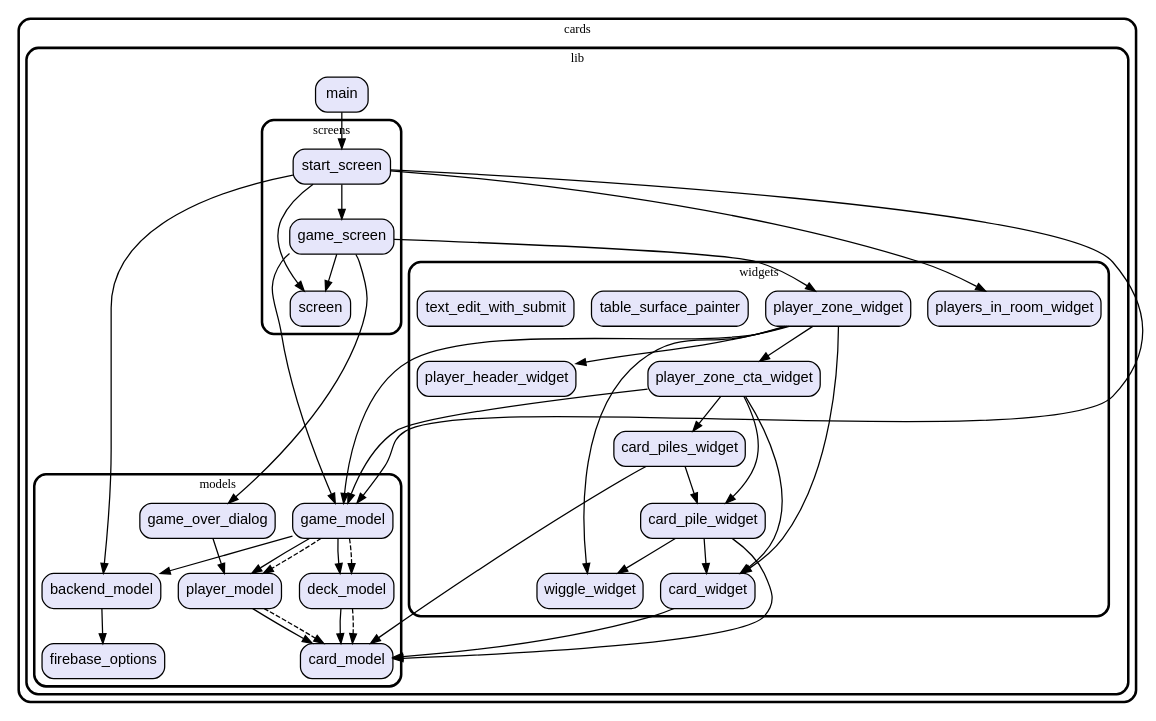
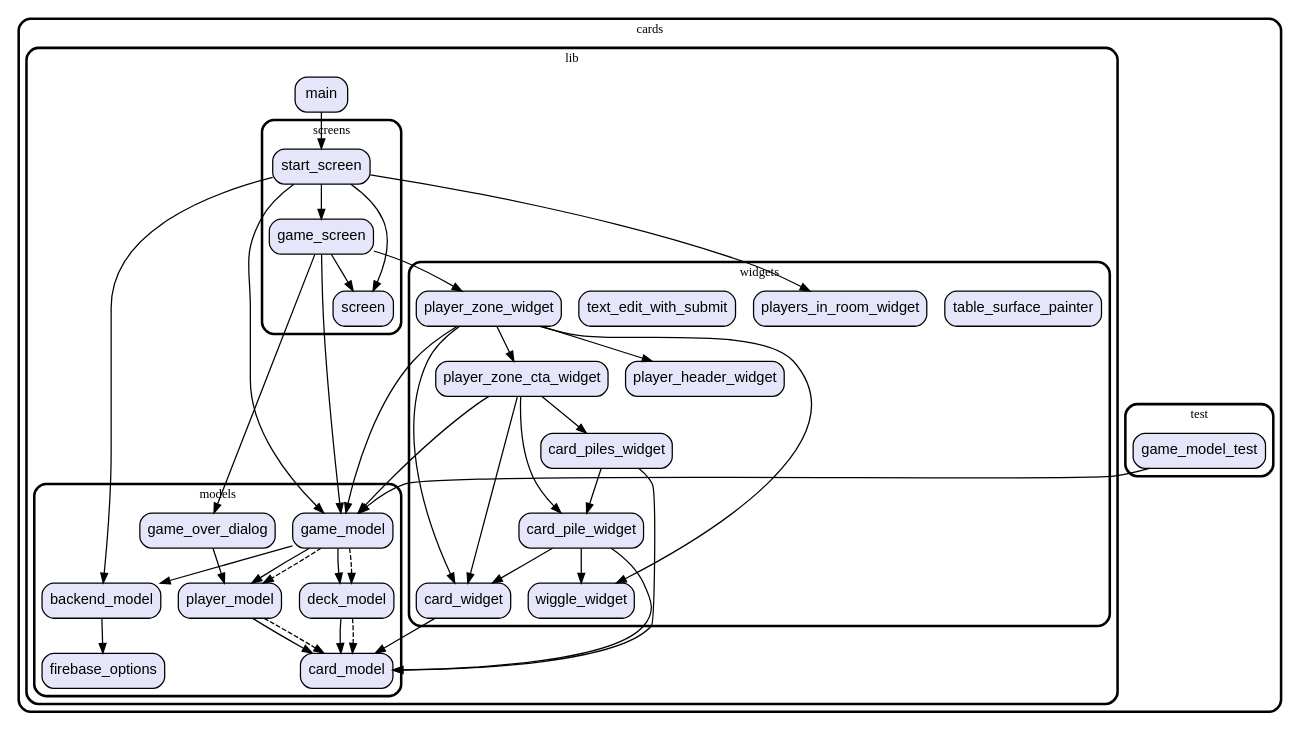
Before and after one commit to vteam-com/Cards: the diagram in graph.dot, drawn with Graphviz. The commit also changed 9 other files, not shown here.

```diff
--- a/graph.dot
+++ b/graph.dot
@@ -1,98 +1,104 @@
 digraph "" {
   graph [style=rounded fontname="Arial Black" fontsize=13 penwidth=2.6];
   node [shape=rect style="filled,rounded" fontname=Arial fontsize=15 fillcolor=Lavender penwidth=1.3];
   edge [penwidth=1.3];
-  "/lib/main.dart" [label="main"];
-  "/lib/models/backend_model.dart" [label="backend_model"];
-  "/lib/models/card_model.dart" [label="card_model"];
-  "/lib/models/deck_model.dart" [label="deck_model"];
-  "/lib/models/firebase_options.dart" [label="firebase_options"];
+  "/test/game_model_test.dart" [label="game_model_test"];
   "/lib/models/game_model.dart" [label="game_model"];
   "/lib/models/game_over_dialog.dart" [label="game_over_dialog"];
+  "/lib/models/firebase_options.dart" [label="firebase_options"];
   "/lib/models/player_model.dart" [label="player_model"];
+  "/lib/models/card_model.dart" [label="card_model"];
+  "/lib/models/backend_model.dart" [label="backend_model"];
+  "/lib/models/deck_model.dart" [label="deck_model"];
   "/lib/screens/game_screen.dart" [label="game_screen"];
+  "/lib/screens/start_screen.dart" [label="start_screen"];
   "/lib/screens/screen.dart" [label="screen"];
-  "/lib/screens/start_screen.dart" [label="start_screen"];
+  "/lib/main.dart" [label="main"];
+  "/lib/widgets/player_zone_cta_widget.dart" [label="player_zone_cta_widget"];
+  "/lib/widgets/card_pile_widget.dart" [label="card_pile_widget"];
+  "/lib/widgets/table_surface_painter.dart" [label="table_surface_painter"];
+  "/lib/widgets/card_widget.dart" [label="card_widget"];
+  "/lib/widgets/player_header_widget.dart" [label="player_header_widget"];
+  "/lib/widgets/wiggle_widget.dart" [label="wiggle_widget"];
+  "/lib/widgets/players_in_room_widget.dart" [label="players_in_room_widget"];
+  "/lib/widgets/text_edit_with_submit.dart" [label="text_edit_with_submit"];
+  "/lib/widgets/player_zone_widget.dart" [label="player_zone_widget"];
   "/lib/widgets/card_piles_widget.dart" [label="card_piles_widget"];
-  "/lib/widgets/card_pile_widget.dart" [label="card_pile_widget"];
-  "/lib/widgets/card_widget.dart" [label="card_widget"];
-  "/lib/widgets/players_in_room_widget.dart" [label="players_in_room_widget"];
-  "/lib/widgets/player_header_widget.dart" [label="player_header_widget"];
-  "/lib/widgets/player_zone_cta_widget.dart" [label="player_zone_cta_widget"];
-  "/lib/widgets/player_zone_widget.dart" [label="player_zone_widget"];
-  "/lib/widgets/table_surface_painter.dart" [label="table_surface_painter"];
-  "/lib/widgets/text_edit_with_submit.dart" [label="text_edit_with_submit"];
-  "/lib/widgets/wiggle_widget.dart" [label="wiggle_widget"];
   subgraph "cluster~" {
     label="cards";
+    subgraph "cluster~/test" {
+      label="test";
+      "/test/game_model_test.dart";
+    }
     subgraph "cluster~/lib" {
       label="lib";
       "/lib/main.dart";
       subgraph "cluster~/lib/models" {
         label="models";
-        "/lib/models/backend_model.dart";
-        "/lib/models/card_model.dart";
-        "/lib/models/deck_model.dart";
-        "/lib/models/firebase_options.dart";
         "/lib/models/game_model.dart";
         "/lib/models/game_over_dialog.dart";
+        "/lib/models/firebase_options.dart";
         "/lib/models/player_model.dart";
+        "/lib/models/card_model.dart";
+        "/lib/models/backend_model.dart";
+        "/lib/models/deck_model.dart";
       }
       subgraph "cluster~/lib/screens" {
         label="screens";
         "/lib/screens/game_screen.dart";
+        "/lib/screens/start_screen.dart";
         "/lib/screens/screen.dart";
-        "/lib/screens/start_screen.dart";
       }
       subgraph "cluster~/lib/widgets" {
         label="widgets";
+        "/lib/widgets/player_zone_cta_widget.dart";
+        "/lib/widgets/card_pile_widget.dart";
+        "/lib/widgets/table_surface_painter.dart";
+        "/lib/widgets/card_widget.dart";
+        "/lib/widgets/player_header_widget.dart";
+        "/lib/widgets/wiggle_widget.dart";
+        "/lib/widgets/players_in_room_widget.dart";
+        "/lib/widgets/text_edit_with_submit.dart";
+        "/lib/widgets/player_zone_widget.dart";
         "/lib/widgets/card_piles_widget.dart";
-        "/lib/widgets/card_pile_widget.dart";
-        "/lib/widgets/card_widget.dart";
-        "/lib/widgets/players_in_room_widget.dart";
-        "/lib/widgets/player_header_widget.dart";
-        "/lib/widgets/player_zone_cta_widget.dart";
-        "/lib/widgets/player_zone_widget.dart";
-        "/lib/widgets/table_surface_painter.dart";
-        "/lib/widgets/text_edit_with_submit.dart";
-        "/lib/widgets/wiggle_widget.dart";
       }
     }
   }
-  "/lib/main.dart" -> "/lib/screens/start_screen.dart";
-  "/lib/models/backend_model.dart" -> "/lib/models/firebase_options.dart";
-  "/lib/models/deck_model.dart" -> "/lib/models/card_model.dart";
-  "/lib/models/deck_model.dart" -> "/lib/models/card_model.dart" [style=dashed];
+  "/test/game_model_test.dart" -> "/lib/models/game_model.dart";
   "/lib/models/game_model.dart" -> "/lib/models/backend_model.dart";
   "/lib/models/game_model.dart" -> "/lib/models/deck_model.dart";
   "/lib/models/game_model.dart" -> "/lib/models/player_model.dart";
   "/lib/models/game_model.dart" -> "/lib/models/deck_model.dart" [style=dashed];
   "/lib/models/game_model.dart" -> "/lib/models/player_model.dart" [style=dashed];
   "/lib/models/game_over_dialog.dart" -> "/lib/models/player_model.dart";
   "/lib/models/player_model.dart" -> "/lib/models/card_model.dart";
   "/lib/models/player_model.dart" -> "/lib/models/card_model.dart" [style=dashed];
+  "/lib/models/backend_model.dart" -> "/lib/models/firebase_options.dart";
+  "/lib/models/deck_model.dart" -> "/lib/models/card_model.dart";
+  "/lib/models/deck_model.dart" -> "/lib/models/card_model.dart" [style=dashed];
   "/lib/screens/game_screen.dart" -> "/lib/models/game_model.dart";
   "/lib/screens/game_screen.dart" -> "/lib/models/game_over_dialog.dart";
   "/lib/screens/game_screen.dart" -> "/lib/screens/screen.dart";
   "/lib/screens/game_screen.dart" -> "/lib/widgets/player_zone_widget.dart";
   "/lib/screens/start_screen.dart" -> "/lib/models/backend_model.dart";
   "/lib/screens/start_screen.dart" -> "/lib/models/game_model.dart";
   "/lib/screens/start_screen.dart" -> "/lib/screens/game_screen.dart";
   "/lib/screens/start_screen.dart" -> "/lib/screens/screen.dart";
   "/lib/screens/start_screen.dart" -> "/lib/widgets/players_in_room_widget.dart";
-  "/lib/widgets/card_piles_widget.dart" -> "/lib/models/card_model.dart";
-  "/lib/widgets/card_piles_widget.dart" -> "/lib/widgets/card_pile_widget.dart";
+  "/lib/main.dart" -> "/lib/screens/start_screen.dart";
+  "/lib/widgets/player_zone_cta_widget.dart" -> "/lib/models/game_model.dart";
+  "/lib/widgets/player_zone_cta_widget.dart" -> "/lib/widgets/card_pile_widget.dart";
+  "/lib/widgets/player_zone_cta_widget.dart" -> "/lib/widgets/card_piles_widget.dart";
+  "/lib/widgets/player_zone_cta_widget.dart" -> "/lib/widgets/card_widget.dart";
   "/lib/widgets/card_pile_widget.dart" -> "/lib/models/card_model.dart";
   "/lib/widgets/card_pile_widget.dart" -> "/lib/widgets/card_widget.dart";
   "/lib/widgets/card_pile_widget.dart" -> "/lib/widgets/wiggle_widget.dart";
   "/lib/widgets/card_widget.dart" -> "/lib/models/card_model.dart";
-  "/lib/widgets/player_zone_cta_widget.dart" -> "/lib/models/game_model.dart";
-  "/lib/widgets/player_zone_cta_widget.dart" -> "/lib/widgets/card_pile_widget.dart";
-  "/lib/widgets/player_zone_cta_widget.dart" -> "/lib/widgets/card_piles_widget.dart";
-  "/lib/widgets/player_zone_cta_widget.dart" -> "/lib/widgets/card_widget.dart";
   "/lib/widgets/player_zone_widget.dart" -> "/lib/models/game_model.dart";
   "/lib/widgets/player_zone_widget.dart" -> "/lib/widgets/card_widget.dart";
   "/lib/widgets/player_zone_widget.dart" -> "/lib/widgets/player_header_widget.dart";
   "/lib/widgets/player_zone_widget.dart" -> "/lib/widgets/player_zone_cta_widget.dart";
   "/lib/widgets/player_zone_widget.dart" -> "/lib/widgets/wiggle_widget.dart";
+  "/lib/widgets/card_piles_widget.dart" -> "/lib/models/card_model.dart";
+  "/lib/widgets/card_piles_widget.dart" -> "/lib/widgets/card_pile_widget.dart";
 }
```
